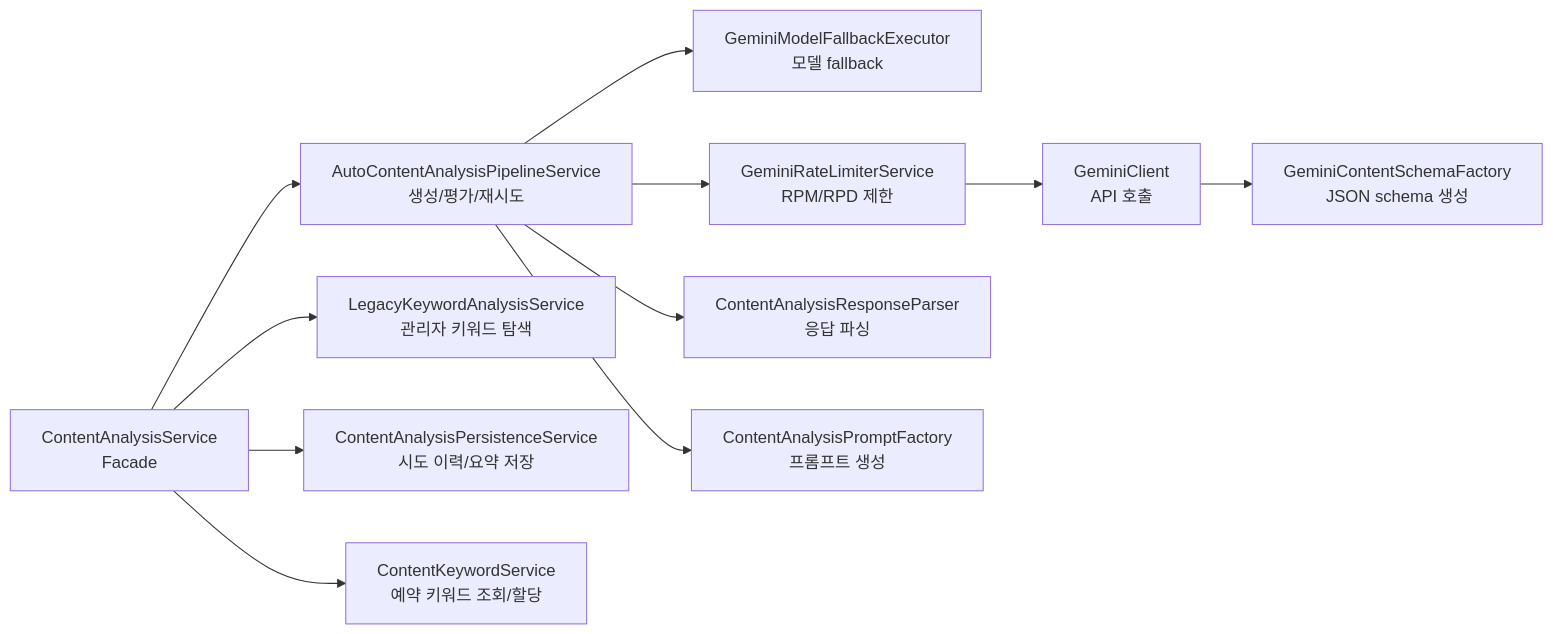
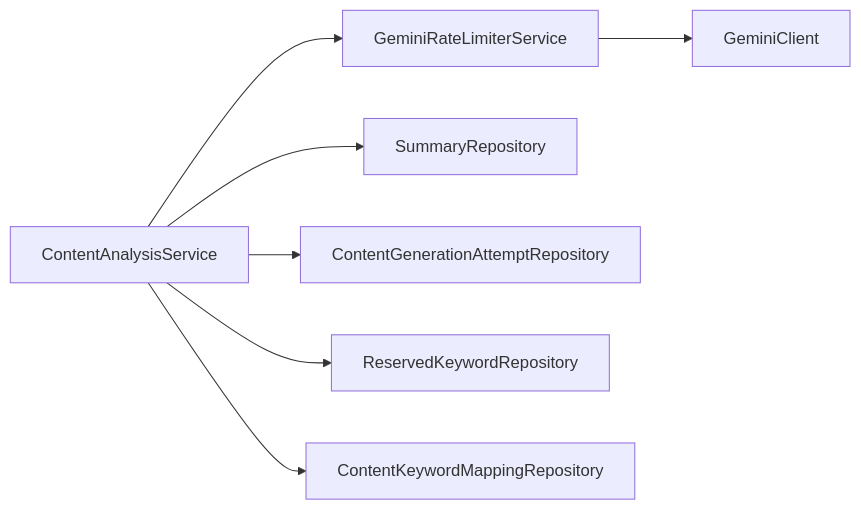
Before and after one commit to fairy-band/quick-news-be: the first of 3 diagrams in docs/human-like-content-analysis-pipeline.md, drawn with Mermaid. The commit also changed other lines of this file, not shown here.

````diff
--- a/docs/human-like-content-analysis-pipeline.md
+++ b/docs/human-like-content-analysis-pipeline.md
@@ -52,15 +49,9 @@
 ```mermaid
 flowchart LR
-    A["ContentAnalysisService<br/>Facade"] --> B["AutoContentAnalysisPipelineService<br/>생성/평가/재시도"]
-    A --> C["LegacyKeywordAnalysisService<br/>관리자 키워드 탐색"]
-    A --> D["ContentAnalysisPersistenceService<br/>시도 이력/요약 저장"]
-    A --> E["ContentKeywordService<br/>예약 키워드 조회/할당"]
-
-    B --> F["GeminiModelFallbackExecutor<br/>모델 fallback"]
-    B --> G["GeminiRateLimiterService<br/>RPM/RPD 제한"]
-    B --> H["ContentAnalysisResponseParser<br/>응답 파싱"]
-    B --> I["ContentAnalysisPromptFactory<br/>프롬프트 생성"]
-
-    G --> J["GeminiClient<br/>API 호출"]
-    J --> K["GeminiContentSchemaFactory<br/>JSON schema 생성"]
+    A["ContentAnalysisService"] --> B["GeminiRateLimiterService"]
+    B --> C["GeminiClient"]
+    A --> D["SummaryRepository"]
+    A --> E["ContentGenerationAttemptRepository"]
+    A --> F["ReservedKeywordRepository"]
+    A --> G["ContentKeywordMappingRepository"]
 ```
````
